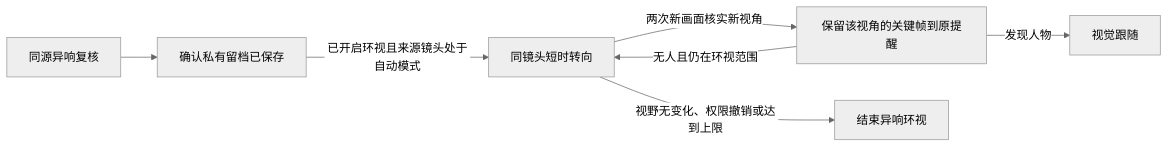
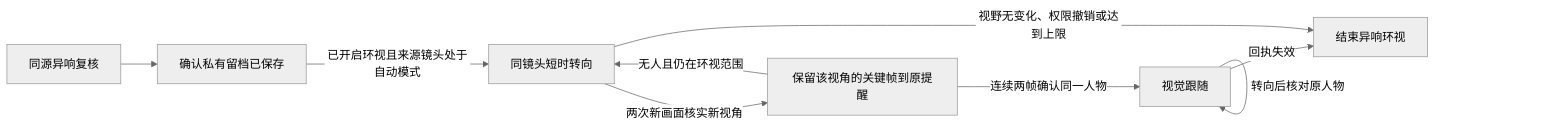
Before and after one commit to Geeprox/Friday: the fifth of 22 diagrams in docs/architecture.md, drawn with Mermaid (neutral theme). The commit also changed other lines of this file and 2 other files, not shown here.

Commit message:
修复：异响环视连续确认人物后接续跟随

````diff
--- a/docs/architecture.md
+++ b/docs/architecture.md
@@ -120,9 +122,11 @@
 ```mermaid
 flowchart LR
   A[同源异响复核] --> B[确认私有留档已保存]
   B -->|已开启环视且来源镜头处于自动模式| C[同镜头短时转向]
   C -->|两次新画面核实新视角| F[保留该视角的关键帧到原提醒]
   F -->|无人且仍在环视范围| C
-  F -->|发现人物| D[视觉跟随]
+  F -->|连续两帧确认同一人物| D[视觉跟随]
+  D -->|转向后核对原人物| D
+  D -->|回执失效| E
   C -->|视野无变化、权限撤销或达到上限| E[结束异响环视]
 ```
````
